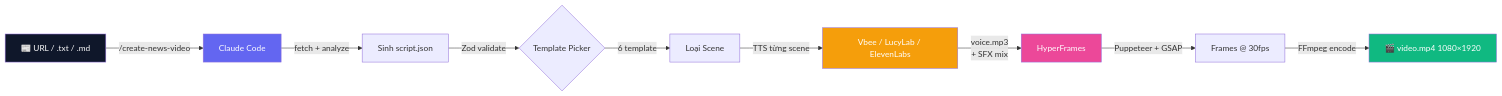
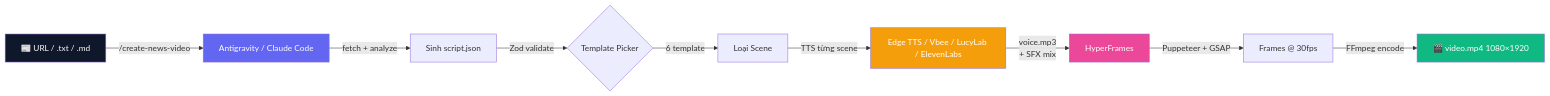
One commit to Cuongyd196/auto-video-gen changed the diagram in README.md. Above: the diagram before and after it, drawn with Mermaid. The commit also changed other lines of this file and 13 other files, not shown here.

Commit message:
feat: implement modular TTS architecture with Edge TTS support and integrated pipeline configuration.

````diff
--- a/README.md
+++ b/README.md
@@ -170,17 +169,17 @@
 ```mermaid
 flowchart LR
-    A[📰 URL / .txt / .md] -->|/create-news-video| B[Claude Code]
+    A[📰 URL / .txt / .md] -->|/create-news-video| B[Antigravity / Claude Code]
     B -->|fetch + analyze| C[Sinh script.json]
     C -->|Zod validate| D{Template Picker}
     D -->|6 template| E[Loại Scene]
-    E -->|TTS từng scene| F[Vbee / LucyLab / ElevenLabs]
+    E -->|TTS từng scene| F[Edge TTS / Vbee / LucyLab / ElevenLabs]
     F -->|voice.mp3<br/>+ SFX mix| G[HyperFrames]
     G -->|Puppeteer + GSAP| H[Frames @ 30fps]
     H -->|FFmpeg encode| I[🎬 video.mp4 1080×1920]
 
     style A fill:#0f172a,color:#fff
     style I fill:#10b981,color:#fff
     style B fill:#6366f1,color:#fff
     style F fill:#f59e0b,color:#fff
     style G fill:#ec4899,color:#fff
 ```
````
